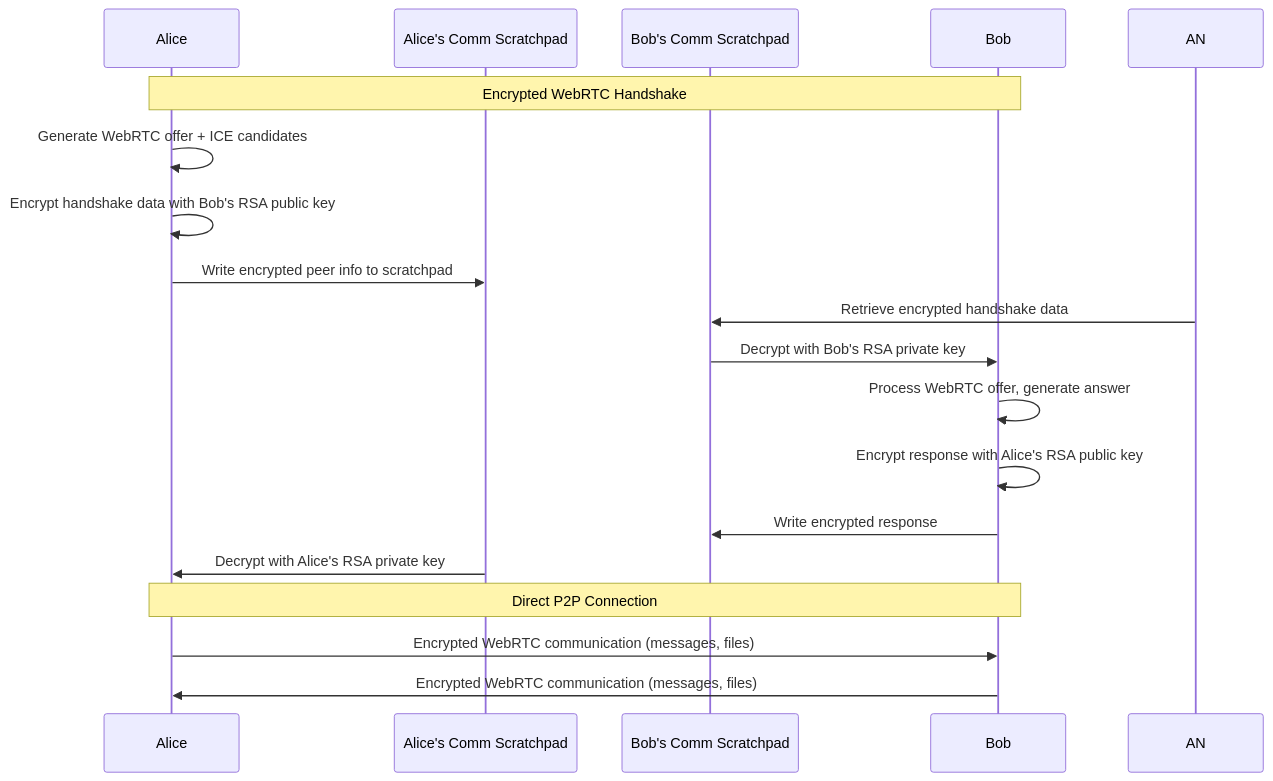
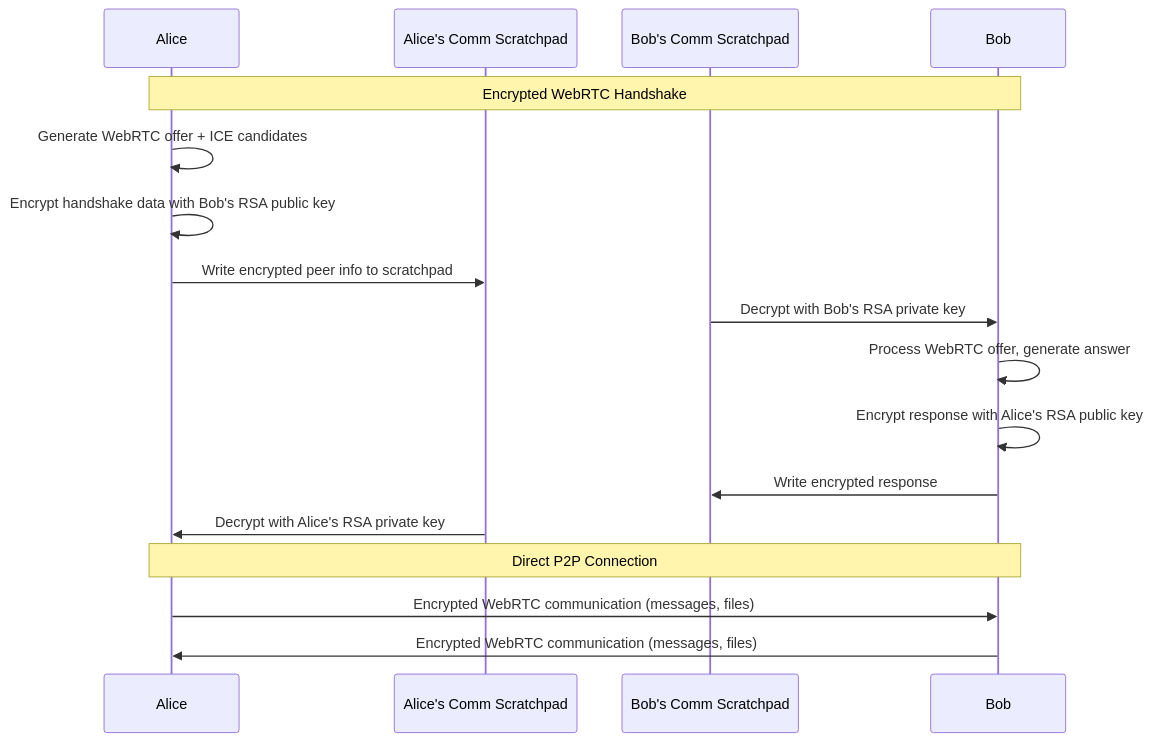
One commit to rid-dim/friends changed the third of 4 diagrams in README.md. Above: the diagram before and after it, drawn with Mermaid.

Commit message:
README.md aktualisiert

````diff
--- a/README.md
+++ b/README.md
@@ -124,24 +124,23 @@
 ```mermaid
 sequenceDiagram
     participant A as Alice
     participant ACS as Alice's Comm Scratchpad
     participant BCS as Bob's Comm Scratchpad
     participant B as Bob
 
     Note over A,B: Encrypted WebRTC Handshake
     A->>A: Generate WebRTC offer + ICE candidates
     A->>A: Encrypt handshake data with Bob's RSA public key
     A->>ACS: Write encrypted peer info to scratchpad
     
-    AN->>BCS: Retrieve encrypted handshake data
     BCS->>B: Decrypt with Bob's RSA private key
     B->>B: Process WebRTC offer, generate answer
     B->>B: Encrypt response with Alice's RSA public key
     B->>BCS: Write encrypted response
 
     ACS->>A: Decrypt with Alice's RSA private key
 
     Note over A,B: Direct P2P Connection
     A->>B: Encrypted WebRTC communication (messages, files)
     B->>A: Encrypted WebRTC communication (messages, files)
 ```
````
